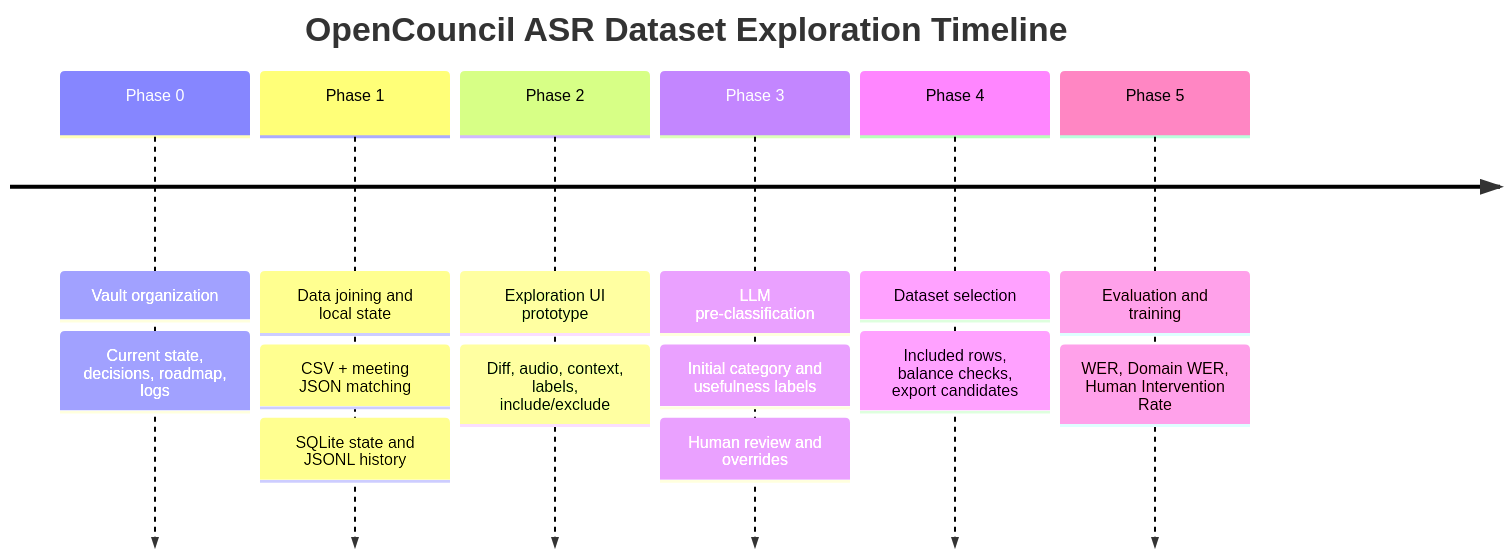
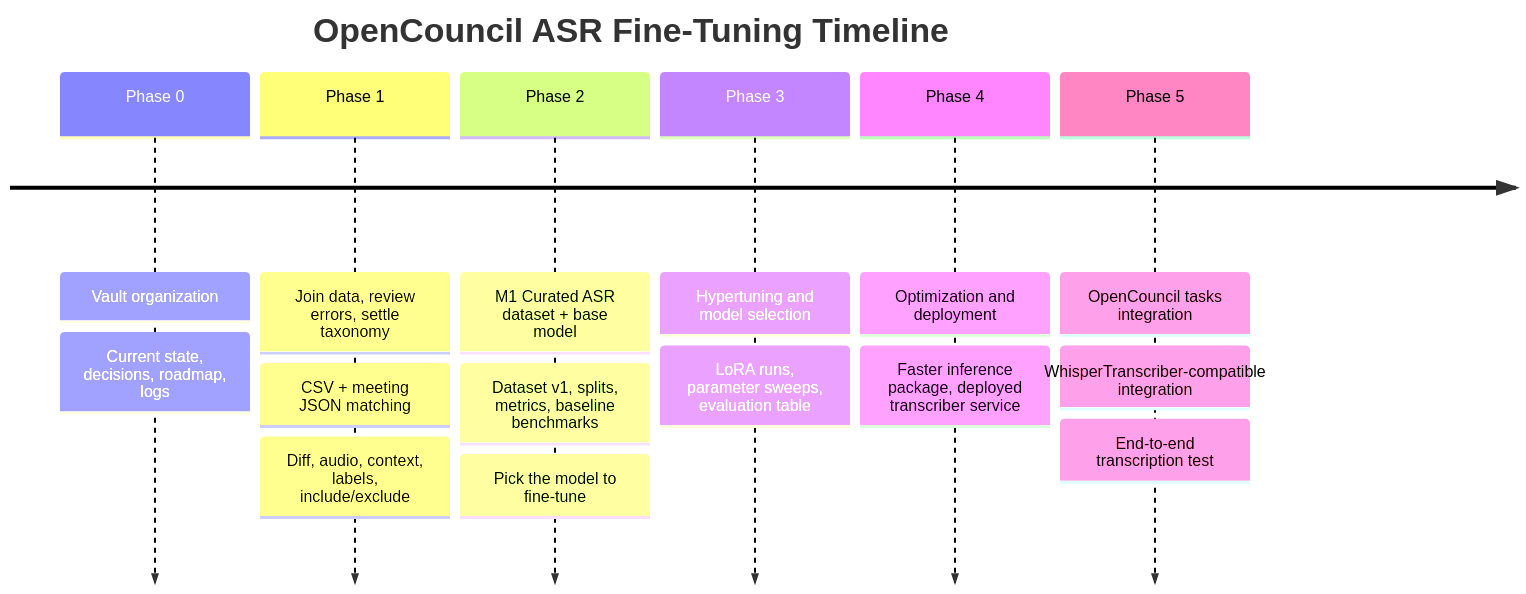
One commit to eellak/gsoc2026-opencouncil-stt changed the diagram in docs/roadmap.md. Above: the diagram before and after it, drawn with Mermaid. The commit also changed other lines of this file and 4 other files, not shown here.

Commit message:
docs: update GSoC roadmap milestones

````diff
--- a/docs/roadmap.md
+++ b/docs/roadmap.md
@@ -5,18 +5,19 @@
 ```mermaid
 timeline
-    title OpenCouncil ASR Dataset Exploration Timeline
+    title OpenCouncil ASR Fine-Tuning Timeline
     Phase 0 : Vault organization
             : Current state, decisions, roadmap, logs
-    Phase 1 : Data joining and local state
+    Phase 1 : Join data, review errors, settle taxonomy
             : CSV + meeting JSON matching
-            : SQLite state and JSONL history
-    Phase 2 : Exploration UI prototype
             : Diff, audio, context, labels, include/exclude
-    Phase 3 : LLM pre-classification
-            : Initial category and usefulness labels
-            : Human review and overrides
-    Phase 4 : Dataset selection
-            : Included rows, balance checks, export candidates
-    Phase 5 : Evaluation and training
-            : WER, Domain WER, Human Intervention Rate
+    Phase 2 : M1 Curated ASR dataset + base model
+            : Dataset v1, splits, metrics, baseline benchmarks
+            : Pick the model to fine-tune
+    Phase 3 : Hypertuning and model selection
+            : LoRA runs, parameter sweeps, evaluation table
+    Phase 4 : Optimization and deployment
+            : Faster inference package, deployed transcriber service
+    Phase 5 : OpenCouncil tasks integration
+            : WhisperTranscriber-compatible integration
+            : End-to-end transcription test
 ```
````
